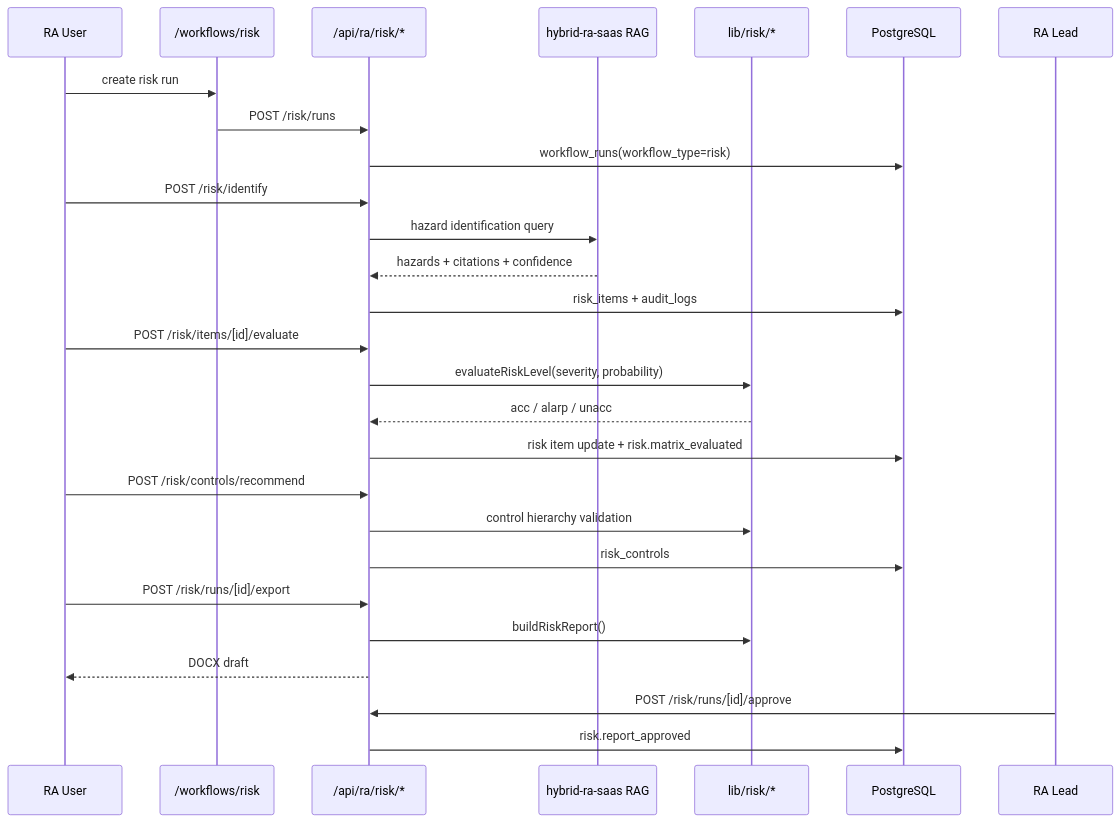
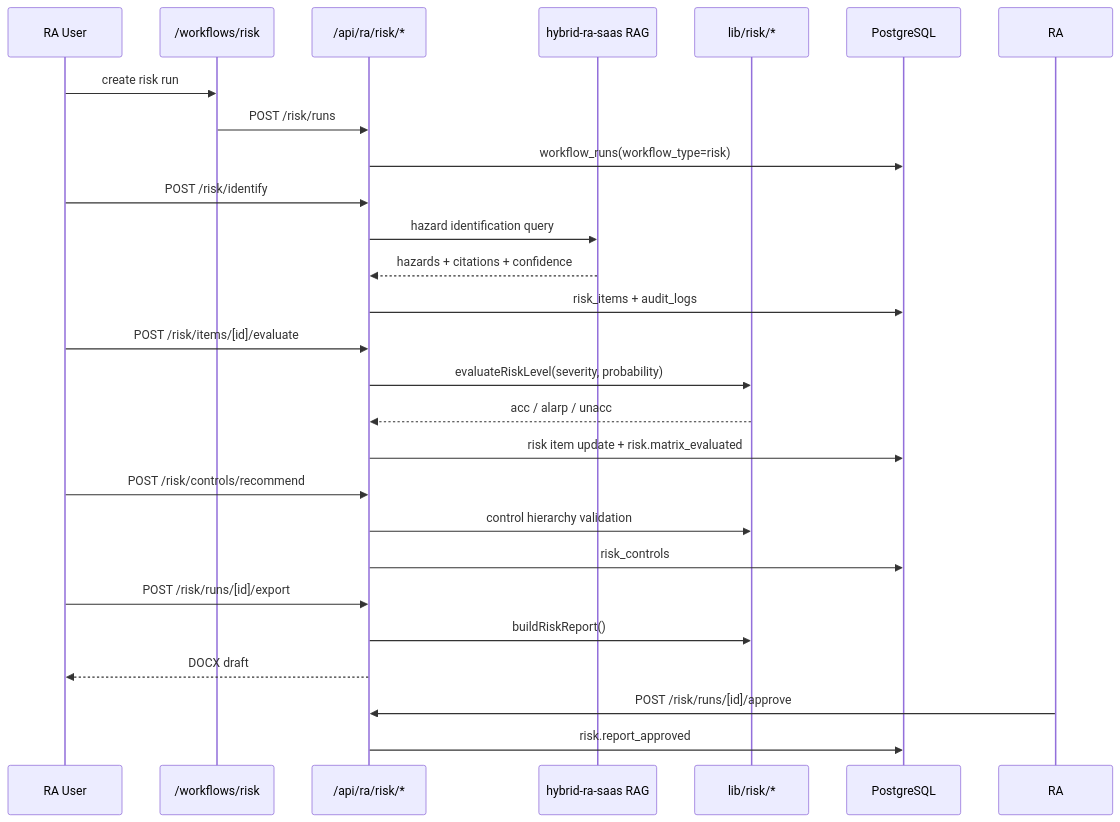
One commit to holee9/ra-med-bot changed the fifth of 7 diagrams in docs/architecture.md. Above: the diagram before and after it, drawn with Mermaid. The commit also changed other lines of this file and 151 other files, not shown here.

````diff
--- a/docs/architecture.md
+++ b/docs/architecture.md
@@ -272,30 +272,30 @@
 ```mermaid
 sequenceDiagram
     participant U as RA User
     participant UI as /workflows/risk
     participant API as /api/ra/risk/*
     participant RAG as hybrid-ra-saas RAG
     participant Risk as lib/risk/*
     participant DB as PostgreSQL
-    participant Lead as RA Lead
+    participant Lead as RA
 
     U->>UI: create risk run
     UI->>API: POST /risk/runs
     API->>DB: workflow_runs(workflow_type=risk)
     U->>API: POST /risk/identify
     API->>RAG: hazard identification query
     RAG-->>API: hazards + citations + confidence
     API->>DB: risk_items + audit_logs
     U->>API: POST /risk/items/[id]/evaluate
     API->>Risk: evaluateRiskLevel(severity, probability)
     Risk-->>API: acc / alarp / unacc
     API->>DB: risk item update + risk.matrix_evaluated
     U->>API: POST /risk/controls/recommend
     API->>Risk: control hierarchy validation
     API->>DB: risk_controls
     U->>API: POST /risk/runs/[id]/export
     API->>Risk: buildRiskReport()
     API-->>U: DOCX draft
     Lead->>API: POST /risk/runs/[id]/approve
     API->>DB: risk.report_approved
 ```
````
